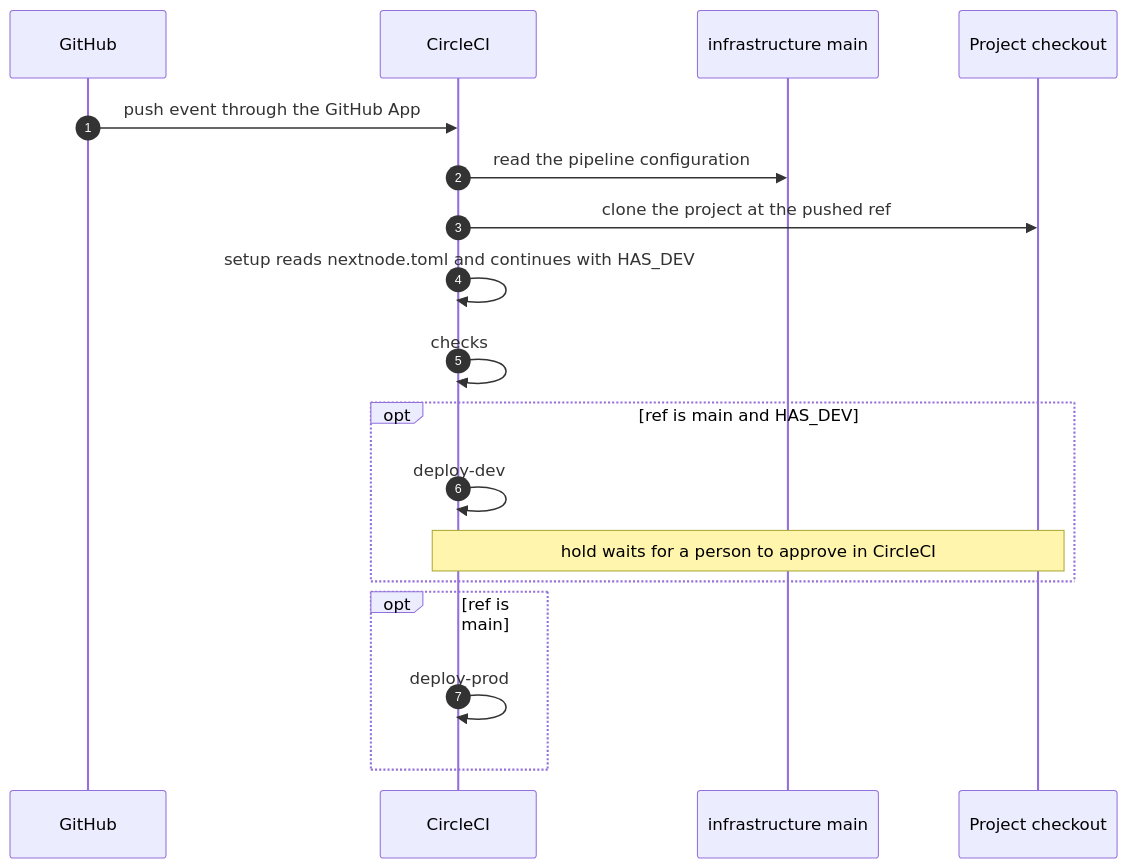
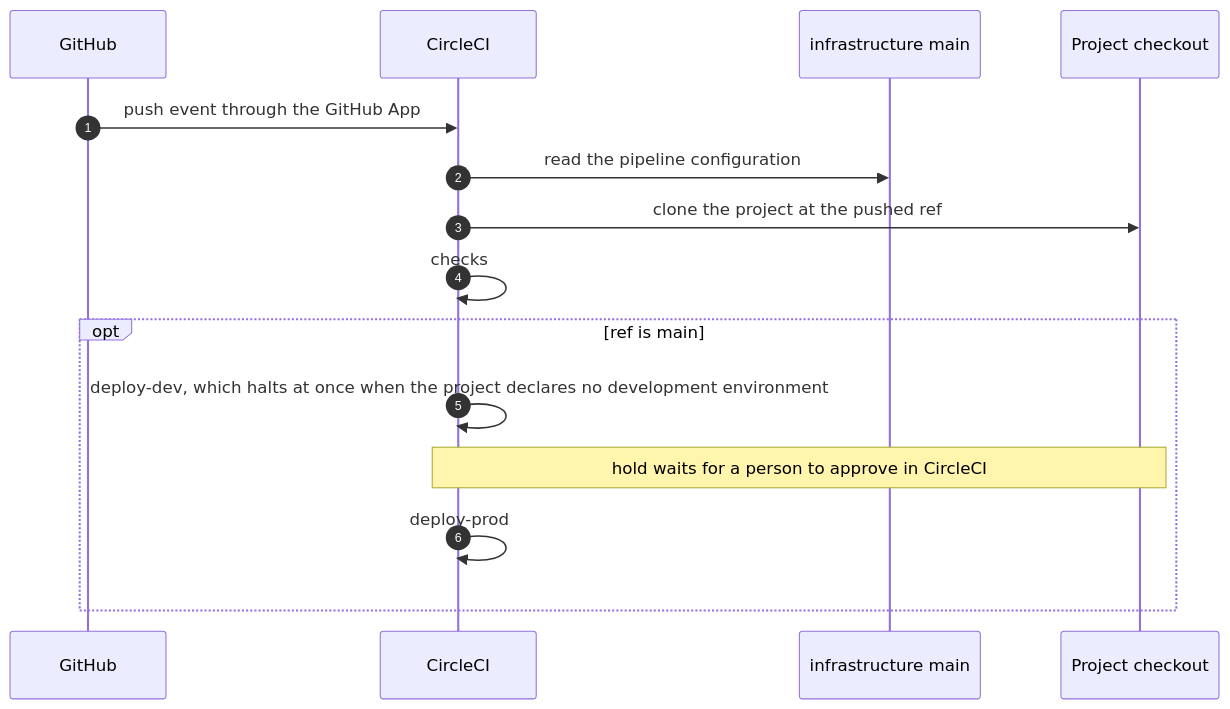
One commit to NextNodeSolutions/infrastructure changed the second of 3 diagrams in docs/architecture.md. Above: the diagram before and after it, drawn with Mermaid. The commit also changed other lines of this file and 4 other files, not shown here.

````diff
--- a/docs/architecture.md
+++ b/docs/architecture.md
@@ -54,20 +54,17 @@
 ```mermaid
 sequenceDiagram
     autonumber
     participant G as GitHub
     participant C as CircleCI
     participant I as infrastructure main
     participant P as Project checkout
     G->>C: push event through the GitHub App
     C->>I: read the pipeline configuration
     C->>P: clone the project at the pushed ref
-    C->>C: setup reads nextnode.toml and continues with HAS_DEV
     C->>C: checks
-    opt ref is main and HAS_DEV
-        C->>C: deploy-dev
+    opt ref is main
+        C->>C: deploy-dev, which halts at once when the project declares no development environment
         Note over C,P: hold waits for a person to approve in CircleCI
-    end
-    opt ref is main
         C->>C: deploy-prod
     end
 ```
````
